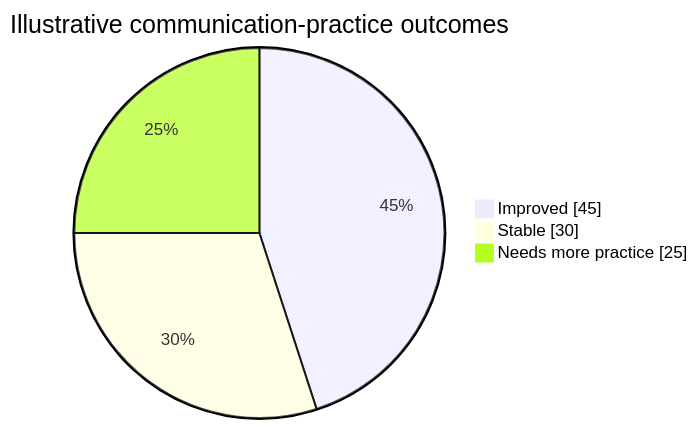
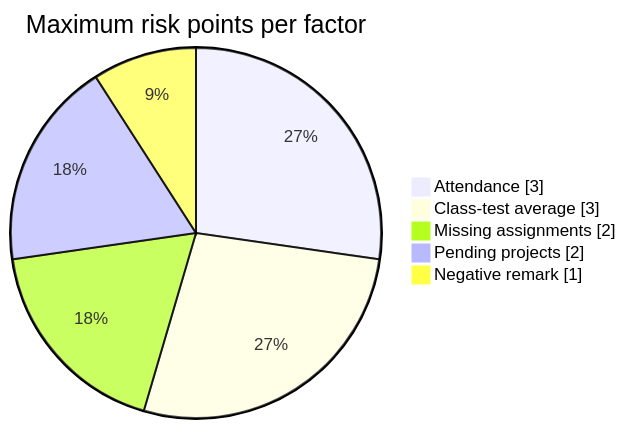
The sixth of 14 diagrams in README.md (logiclayer0/PERSONA_PRIME), drawn with Mermaid before and after one commit. The commit also changed other lines of this file, not shown here.

````diff
--- a/README.md
+++ b/README.md
@@ -196,7 +309,9 @@
 ```mermaid
 pie showData
-    title Illustrative communication-practice outcomes
-    "Improved" : 45
-    "Stable" : 30
-    "Needs more practice" : 25
+    title Maximum risk points per factor
+    "Attendance" : 3
+    "Class-test average" : 3
+    "Missing assignments" : 2
+    "Pending projects" : 2
+    "Negative remark" : 1
 ```
````
